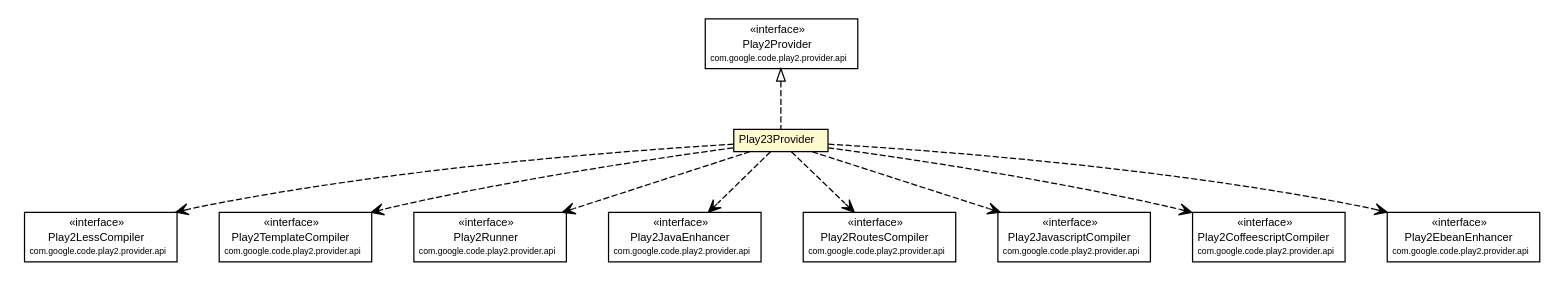
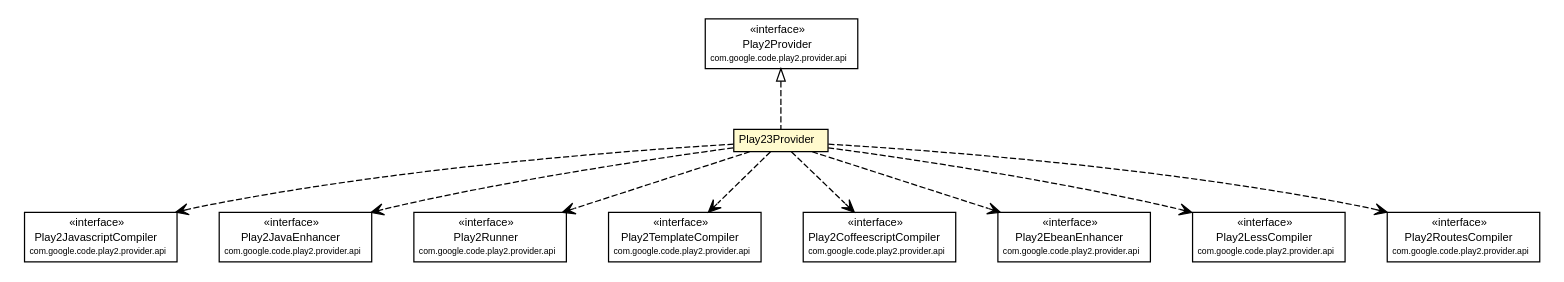
The diagram in play2-maven-plugin/1.0.0-beta5-SNAPSHOT/play2-providers/play2-provider-play23/apidocs/com/google/code/play2/provider/play23/Play23Provider.dot (play2-maven-plugin/play2-maven-plugin.github.io), drawn with Graphviz before and after one commit. The commit also changed 309 other files, not shown here.

```diff
--- a/play2-maven-plugin/1.0.0-beta5-SNAPSHOT/play2-providers/play2-provider-play23/apidocs/com/google/code/play2/provider/play23/Play23Provider.dot
+++ b/play2-maven-plugin/1.0.0-beta5-SNAPSHOT/play2-providers/play2-provider-play23/apidocs/com/google/code/play2/provider/play23/Play23Provider.dot
@@ -1,108 +1,108 @@
 #!/usr/local/bin/dot
 #
 # Class diagram 
 # Generated by UMLGraph version R5_6-24-gf6e263 (http://www.umlgraph.org/)
 #
 
 digraph G {
 	edge [fontname="arial",fontsize=10,labelfontname="arial",labelfontsize=10];
 	node [fontname="arial",fontsize=10,shape=plaintext];
 	nodesep=0.25;
 	ranksep=0.5;
 	// com.google.code.play2.provider.play23.Play23Provider
 	c189 [label=<<table title="com.google.code.play2.provider.play23.Play23Provider" border="0" cellborder="1" cellspacing="0" cellpadding="2" port="p" bgcolor="lemonChiffon" href="./Play23Provider.html">
 		<tr><td><table border="0" cellspacing="0" cellpadding="1">
 <tr><td align="center" balign="center"> Play23Provider </td></tr>
 		</table></td></tr>
 		</table>>, URL="./Play23Provider.html", fontname="arial", fontcolor="black", fontsize=9.0];
 	//com.google.code.play2.provider.play23.Play23Provider implements com.google.code.play2.provider.api.Play2Provider
 	c198:p -> c189:p [dir=back,arrowtail=empty,style=dashed];
-	// com.google.code.play2.provider.play23.Play23Provider DEPEND com.google.code.play2.provider.api.Play2LessCompiler
+	// com.google.code.play2.provider.play23.Play23Provider DEPEND com.google.code.play2.provider.api.Play2JavascriptCompiler
 	c189:p -> c199:p [taillabel="", label="", headlabel="", fontname="arial", fontcolor="black", fontsize=10.0, color="black", arrowhead=open, style=dashed];
-	// com.google.code.play2.provider.play23.Play23Provider DEPEND com.google.code.play2.provider.api.Play2TemplateCompiler
+	// com.google.code.play2.provider.play23.Play23Provider DEPEND com.google.code.play2.provider.api.Play2JavaEnhancer
 	c189:p -> c200:p [taillabel="", label="", headlabel="", fontname="arial", fontcolor="black", fontsize=10.0, color="black", arrowhead=open, style=dashed];
 	// com.google.code.play2.provider.play23.Play23Provider DEPEND com.google.code.play2.provider.api.Play2Runner
 	c189:p -> c201:p [taillabel="", label="", headlabel="", fontname="arial", fontcolor="black", fontsize=10.0, color="black", arrowhead=open, style=dashed];
-	// com.google.code.play2.provider.play23.Play23Provider DEPEND com.google.code.play2.provider.api.Play2JavaEnhancer
+	// com.google.code.play2.provider.play23.Play23Provider DEPEND com.google.code.play2.provider.api.Play2TemplateCompiler
 	c189:p -> c202:p [taillabel="", label="", headlabel="", fontname="arial", fontcolor="black", fontsize=10.0, color="black", arrowhead=open, style=dashed];
+	// com.google.code.play2.provider.play23.Play23Provider DEPEND com.google.code.play2.provider.api.Play2CoffeescriptCompiler
+	c189:p -> c203:p [taillabel="", label="", headlabel="", fontname="arial", fontcolor="black", fontsize=10.0, color="black", arrowhead=open, style=dashed];
+	// com.google.code.play2.provider.play23.Play23Provider DEPEND com.google.code.play2.provider.api.Play2EbeanEnhancer
+	c189:p -> c204:p [taillabel="", label="", headlabel="", fontname="arial", fontcolor="black", fontsize=10.0, color="black", arrowhead=open, style=dashed];
+	// com.google.code.play2.provider.play23.Play23Provider DEPEND com.google.code.play2.provider.api.Play2LessCompiler
+	c189:p -> c205:p [taillabel="", label="", headlabel="", fontname="arial", fontcolor="black", fontsize=10.0, color="black", arrowhead=open, style=dashed];
 	// com.google.code.play2.provider.play23.Play23Provider DEPEND com.google.code.play2.provider.api.Play2RoutesCompiler
-	c189:p -> c203:p [taillabel="", label="", headlabel="", fontname="arial", fontcolor="black", fontsize=10.0, color="black", arrowhead=open, style=dashed];
-	// com.google.code.play2.provider.play23.Play23Provider DEPEND com.google.code.play2.provider.api.Play2JavascriptCompiler
-	c189:p -> c204:p [taillabel="", label="", headlabel="", fontname="arial", fontcolor="black", fontsize=10.0, color="black", arrowhead=open, style=dashed];
-	// com.google.code.play2.provider.play23.Play23Provider DEPEND com.google.code.play2.provider.api.Play2CoffeescriptCompiler
-	c189:p -> c205:p [taillabel="", label="", headlabel="", fontname="arial", fontcolor="black", fontsize=10.0, color="black", arrowhead=open, style=dashed];
-	// com.google.code.play2.provider.play23.Play23Provider DEPEND com.google.code.play2.provider.api.Play2EbeanEnhancer
 	c189:p -> c206:p [taillabel="", label="", headlabel="", fontname="arial", fontcolor="black", fontsize=10.0, color="black", arrowhead=open, style=dashed];
 	// com.google.code.play2.provider.api.Play2Provider
 	c198 [label=<<table title="com.google.code.play2.provider.api.Play2Provider" border="0" cellborder="1" cellspacing="0" cellpadding="2" port="p">
 		<tr><td><table border="0" cellspacing="0" cellpadding="1">
 <tr><td align="center" balign="center"> &#171;interface&#187; </td></tr>
 <tr><td align="center" balign="center"> Play2Provider </td></tr>
 <tr><td align="center" balign="center"><font point-size="7.0"> com.google.code.play2.provider.api </font></td></tr>
 		</table></td></tr>
 		</table>>, URL="null", fontname="arial", fontcolor="black", fontsize=9.0];
 	// com.google.code.play2.provider.api.Play2RoutesCompiler
-	c203 [label=<<table title="com.google.code.play2.provider.api.Play2RoutesCompiler" border="0" cellborder="1" cellspacing="0" cellpadding="2" port="p">
+	c206 [label=<<table title="com.google.code.play2.provider.api.Play2RoutesCompiler" border="0" cellborder="1" cellspacing="0" cellpadding="2" port="p">
 		<tr><td><table border="0" cellspacing="0" cellpadding="1">
 <tr><td align="center" balign="center"> &#171;interface&#187; </td></tr>
 <tr><td align="center" balign="center"> Play2RoutesCompiler </td></tr>
 <tr><td align="center" balign="center"><font point-size="7.0"> com.google.code.play2.provider.api </font></td></tr>
 		</table></td></tr>
 		</table>>, URL="null", fontname="arial", fontcolor="black", fontsize=9.0];
 	// com.google.code.play2.provider.api.Play2LessCompiler
-	c199 [label=<<table title="com.google.code.play2.provider.api.Play2LessCompiler" border="0" cellborder="1" cellspacing="0" cellpadding="2" port="p">
+	c205 [label=<<table title="com.google.code.play2.provider.api.Play2LessCompiler" border="0" cellborder="1" cellspacing="0" cellpadding="2" port="p">
 		<tr><td><table border="0" cellspacing="0" cellpadding="1">
 <tr><td align="center" balign="center"> &#171;interface&#187; </td></tr>
 <tr><td align="center" balign="center"> Play2LessCompiler </td></tr>
 <tr><td align="center" balign="center"><font point-size="7.0"> com.google.code.play2.provider.api </font></td></tr>
 		</table></td></tr>
 		</table>>, URL="null", fontname="arial", fontcolor="black", fontsize=9.0];
 	// com.google.code.play2.provider.api.Play2TemplateCompiler
-	c200 [label=<<table title="com.google.code.play2.provider.api.Play2TemplateCompiler" border="0" cellborder="1" cellspacing="0" cellpadding="2" port="p">
+	c202 [label=<<table title="com.google.code.play2.provider.api.Play2TemplateCompiler" border="0" cellborder="1" cellspacing="0" cellpadding="2" port="p">
 		<tr><td><table border="0" cellspacing="0" cellpadding="1">
 <tr><td align="center" balign="center"> &#171;interface&#187; </td></tr>
 <tr><td align="center" balign="center"> Play2TemplateCompiler </td></tr>
 <tr><td align="center" balign="center"><font point-size="7.0"> com.google.code.play2.provider.api </font></td></tr>
 		</table></td></tr>
 		</table>>, URL="null", fontname="arial", fontcolor="black", fontsize=9.0];
 	// com.google.code.play2.provider.api.Play2CoffeescriptCompiler
-	c205 [label=<<table title="com.google.code.play2.provider.api.Play2CoffeescriptCompiler" border="0" cellborder="1" cellspacing="0" cellpadding="2" port="p">
+	c203 [label=<<table title="com.google.code.play2.provider.api.Play2CoffeescriptCompiler" border="0" cellborder="1" cellspacing="0" cellpadding="2" port="p">
 		<tr><td><table border="0" cellspacing="0" cellpadding="1">
 <tr><td align="center" balign="center"> &#171;interface&#187; </td></tr>
 <tr><td align="center" balign="center"> Play2CoffeescriptCompiler </td></tr>
 <tr><td align="center" balign="center"><font point-size="7.0"> com.google.code.play2.provider.api </font></td></tr>
 		</table></td></tr>
 		</table>>, URL="null", fontname="arial", fontcolor="black", fontsize=9.0];
 	// com.google.code.play2.provider.api.Play2EbeanEnhancer
-	c206 [label=<<table title="com.google.code.play2.provider.api.Play2EbeanEnhancer" border="0" cellborder="1" cellspacing="0" cellpadding="2" port="p">
+	c204 [label=<<table title="com.google.code.play2.provider.api.Play2EbeanEnhancer" border="0" cellborder="1" cellspacing="0" cellpadding="2" port="p">
 		<tr><td><table border="0" cellspacing="0" cellpadding="1">
 <tr><td align="center" balign="center"> &#171;interface&#187; </td></tr>
 <tr><td align="center" balign="center"> Play2EbeanEnhancer </td></tr>
 <tr><td align="center" balign="center"><font point-size="7.0"> com.google.code.play2.provider.api </font></td></tr>
 		</table></td></tr>
 		</table>>, URL="null", fontname="arial", fontcolor="black", fontsize=9.0];
 	// com.google.code.play2.provider.api.Play2JavascriptCompiler
-	c204 [label=<<table title="com.google.code.play2.provider.api.Play2JavascriptCompiler" border="0" cellborder="1" cellspacing="0" cellpadding="2" port="p">
+	c199 [label=<<table title="com.google.code.play2.provider.api.Play2JavascriptCompiler" border="0" cellborder="1" cellspacing="0" cellpadding="2" port="p">
 		<tr><td><table border="0" cellspacing="0" cellpadding="1">
 <tr><td align="center" balign="center"> &#171;interface&#187; </td></tr>
 <tr><td align="center" balign="center"> Play2JavascriptCompiler </td></tr>
 <tr><td align="center" balign="center"><font point-size="7.0"> com.google.code.play2.provider.api </font></td></tr>
 		</table></td></tr>
 		</table>>, URL="null", fontname="arial", fontcolor="black", fontsize=9.0];
 	// com.google.code.play2.provider.api.Play2JavaEnhancer
-	c202 [label=<<table title="com.google.code.play2.provider.api.Play2JavaEnhancer" border="0" cellborder="1" cellspacing="0" cellpadding="2" port="p">
+	c200 [label=<<table title="com.google.code.play2.provider.api.Play2JavaEnhancer" border="0" cellborder="1" cellspacing="0" cellpadding="2" port="p">
 		<tr><td><table border="0" cellspacing="0" cellpadding="1">
 <tr><td align="center" balign="center"> &#171;interface&#187; </td></tr>
 <tr><td align="center" balign="center"> Play2JavaEnhancer </td></tr>
 <tr><td align="center" balign="center"><font point-size="7.0"> com.google.code.play2.provider.api </font></td></tr>
 		</table></td></tr>
 		</table>>, URL="null", fontname="arial", fontcolor="black", fontsize=9.0];
 	// com.google.code.play2.provider.api.Play2Runner
 	c201 [label=<<table title="com.google.code.play2.provider.api.Play2Runner" border="0" cellborder="1" cellspacing="0" cellpadding="2" port="p">
 		<tr><td><table border="0" cellspacing="0" cellpadding="1">
 <tr><td align="center" balign="center"> &#171;interface&#187; </td></tr>
 <tr><td align="center" balign="center"> Play2Runner </td></tr>
 <tr><td align="center" balign="center"><font point-size="7.0"> com.google.code.play2.provider.api </font></td></tr>
 		</table></td></tr>
 		</table>>, URL="null", fontname="arial", fontcolor="black", fontsize=9.0];
 }
```
